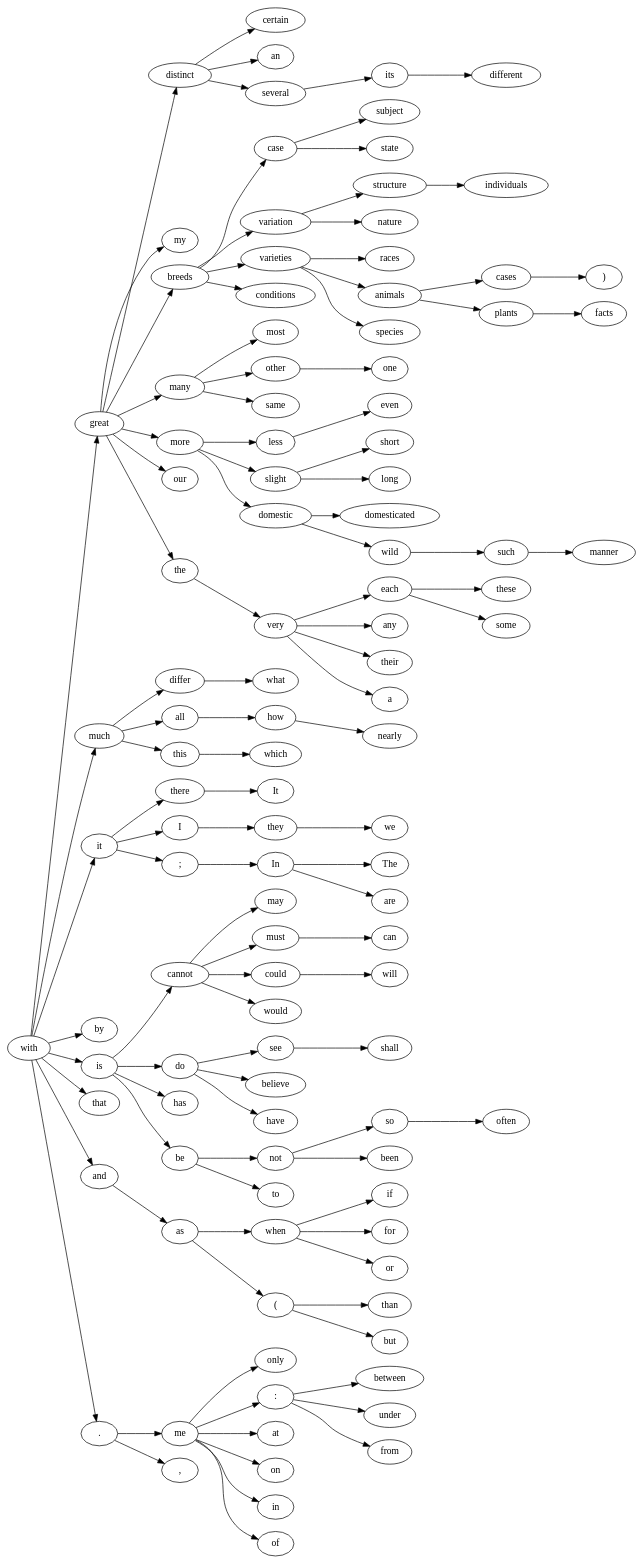
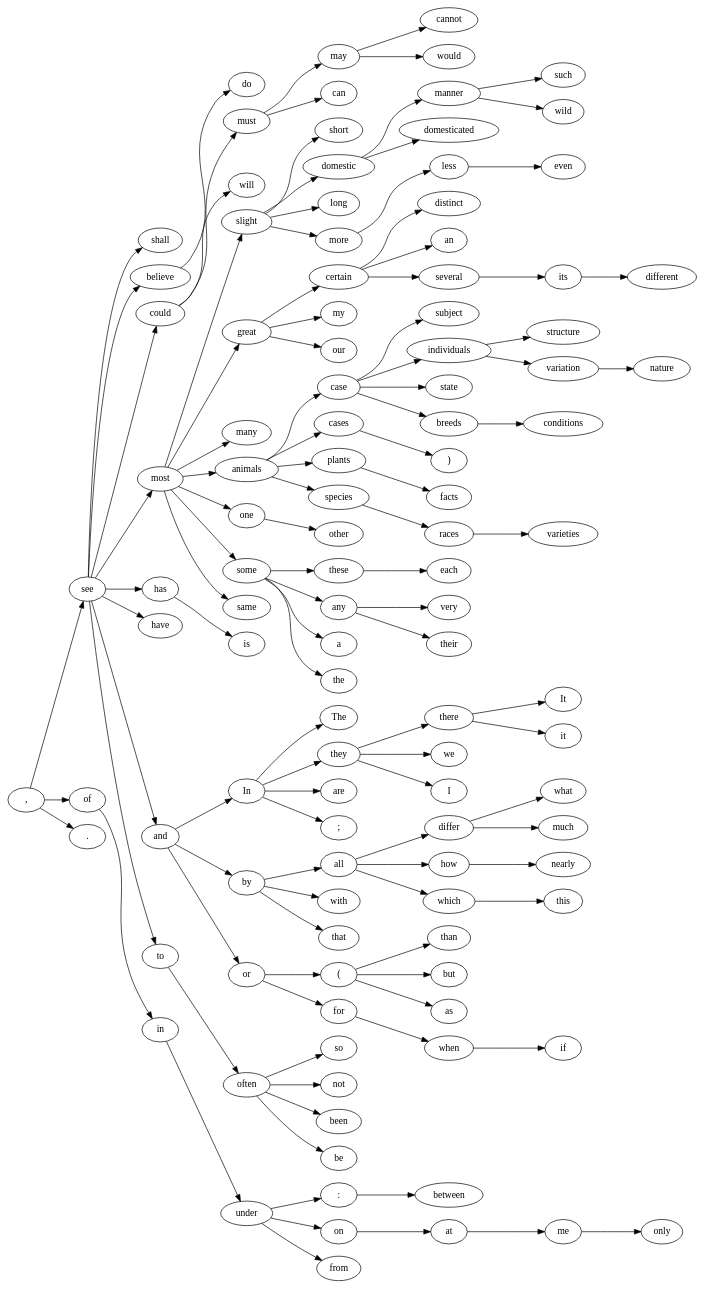
The diagram in merge_trees/English words.gv (kukas/Words-and-The-Company-They-Keep), drawn with Graphviz before and after one commit. The commit also changed 19 other files, not shown here.

```diff
--- a/merge_trees/English words.gv
+++ b/merge_trees/English words.gv
@@ -3,12 +3,12 @@
 	case [label=case]
 	subject [label=subject]
 	case -> subject
+	may [label=may]
 	cannot [label=cannot]
-	may [label=may]
-	cannot -> may
+	may -> cannot
+	individuals [label=individuals]
 	structure [label=structure]
-	individuals [label=individuals]
-	structure -> individuals
+	individuals -> structure
 	there [label=there]
 	It [label=It]
 	there -> It
@@ -24,12 +24,12 @@
 	slight [label=slight]
 	short [label=short]
 	slight -> short
+	certain [label=certain]
 	distinct [label=distinct]
-	certain [label=certain]
-	distinct -> certain
+	certain -> distinct
+	manner [label=manner]
 	such [label=such]
-	manner [label=manner]
-	such -> manner
+	manner -> such
 	must [label=must]
 	can [label=can]
 	must -> can
@@ -51,27 +51,27 @@
 	domestic [label=domestic]
 	domesticated [label=domesticated]
 	domestic -> domesticated
+	races [label=races]
 	varieties [label=varieties]
-	races [label=races]
-	varieties -> races
+	races -> varieties
 	when [label=when]
 	if [label=if]
 	when -> if
 	"(" [label="("]
 	than [label=than]
 	"(" -> than
+	believe [label=believe]
 	do [label=do]
-	believe [label=believe]
-	do -> believe
+	believe -> do
 	great [label=great]
 	my [label=my]
 	great -> my
 	could [label=could]
 	will [label=will]
 	could -> will
+	individuals [label=individuals]
 	variation [label=variation]
-	structure [label=structure]
-	variation -> structure
+	individuals -> variation
 	plants [label=plants]
 	facts [label=facts]
 	plants -> facts
@@ -90,247 +90,247 @@
 	slight [label=slight]
 	long [label=long]
 	slight -> long
+	these [label=these]
 	each [label=each]
-	these [label=these]
-	each -> these
-	cannot [label=cannot]
+	these -> each
+	may [label=may]
 	would [label=would]
-	cannot -> would
+	may -> would
+	any [label=any]
 	very [label=very]
-	any [label=any]
-	very -> any
+	any -> very
+	most [label=most]
 	many [label=many]
-	most [label=most]
-	many -> most
+	most -> many
+	often [label=often]
 	so [label=so]
-	often [label=often]
-	so -> often
+	often -> so
 	they [label=they]
 	we [label=we]
 	they -> we
+	differ [label=differ]
 	much [label=much]
-	differ [label=differ]
-	much -> differ
-	do [label=do]
+	differ -> much
 	see [label=see]
-	do -> see
+	believe [label=believe]
+	see -> believe
 	more [label=more]
 	less [label=less]
 	more -> less
+	there [label=there]
 	it [label=it]
-	there [label=there]
-	it -> there
+	there -> it
 	animals [label=animals]
 	cases [label=cases]
 	animals -> cases
-	distinct [label=distinct]
+	certain [label=certain]
 	an [label=an]
-	distinct -> an
-	cannot [label=cannot]
+	certain -> an
 	must [label=must]
-	cannot -> must
+	may [label=may]
+	must -> may
+	manner [label=manner]
 	wild [label=wild]
-	such [label=such]
-	wild -> such
+	manner -> wild
 	all [label=all]
 	how [label=how]
 	all -> how
 	"(" [label="("]
 	but [label=but]
 	"(" -> but
+	case [label=case]
 	breeds [label=breeds]
-	case [label=case]
-	breeds -> case
+	case -> breeds
+	one [label=one]
 	other [label=other]
-	one [label=one]
-	other -> one
+	one -> other
 	great [label=great]
 	our [label=our]
 	great -> our
+	at [label=at]
 	me [label=me]
-	at [label=at]
-	me -> at
-	each [label=each]
+	at -> me
 	some [label=some]
-	each -> some
+	these [label=these]
+	some -> these
 	several [label=several]
 	its [label=its]
 	several -> its
-	varieties [label=varieties]
 	species [label=species]
-	varieties -> species
+	races [label=races]
+	species -> races
+	under [label=under]
 	<colon> [label=":"]
-	under [label=under]
-	<colon> -> under
+	under -> <colon>
+	for [label=for]
 	when [label=when]
-	for [label=for]
-	when -> for
-	very [label=very]
+	for -> when
+	any [label=any]
 	their [label=their]
-	very -> their
+	any -> their
 	animals [label=animals]
 	plants [label=plants]
 	animals -> plants
 	domestic [label=domestic]
-	wild [label=wild]
-	domestic -> wild
-	many [label=many]
+	manner [label=manner]
+	domestic -> manner
+	most [label=most]
 	same [label=same]
-	many -> same
-	cannot [label=cannot]
+	most -> same
 	could [label=could]
-	cannot -> could
+	must [label=must]
+	could -> must
+	by [label=by]
 	with [label=with]
-	by [label=by]
-	with -> by
+	by -> with
+	often [label=often]
 	not [label=not]
-	so [label=so]
-	not -> so
-	breeds [label=breeds]
-	variation [label=variation]
-	breeds -> variation
+	often -> not
+	case [label=case]
+	individuals [label=individuals]
+	case -> individuals
+	they [label=they]
 	I [label=I]
+	they -> I
+	slight [label=slight]
+	more [label=more]
+	slight -> more
+	all [label=all]
+	differ [label=differ]
+	all -> differ
+	certain [label=certain]
+	several [label=several]
+	certain -> several
+	has [label=has]
+	is [label=is]
+	has -> is
+	which [label=which]
+	this [label=this]
+	which -> this
+	"(" [label="("]
+	as [label=as]
+	"(" -> as
+	on [label=on]
+	at [label=at]
+	on -> at
+	animals [label=animals]
+	species [label=species]
+	animals -> species
+	see [label=see]
+	have [label=have]
+	see -> have
+	often [label=often]
+	been [label=been]
+	often -> been
+	some [label=some]
+	any [label=any]
+	some -> any
+	most [label=most]
+	one [label=one]
+	most -> one
+	under [label=under]
+	from [label=from]
+	under -> from
 	they [label=they]
-	I -> they
-	more [label=more]
-	slight [label=slight]
-	more -> slight
-	much [label=much]
-	all [label=all]
-	much -> all
-	distinct [label=distinct]
-	several [label=several]
-	distinct -> several
-	is [label=is]
-	has [label=has]
-	is -> has
-	this [label=this]
-	which [label=which]
-	this -> which
-	as [label=as]
-	"(" [label="("]
-	as -> "("
-	me [label=me]
-	on [label=on]
-	me -> on
-	varieties [label=varieties]
-	animals [label=animals]
-	varieties -> animals
-	do [label=do]
-	have [label=have]
-	do -> have
-	not [label=not]
-	been [label=been]
-	not -> been
-	very [label=very]
-	each [label=each]
-	very -> each
-	many [label=many]
-	other [label=other]
-	many -> other
-	<colon> [label=":"]
-	from [label=from]
-	<colon> -> from
-	it [label=it]
-	I [label=I]
-	it -> I
-	when [label=when]
+	there [label=there]
+	they -> there
 	or [label=or]
-	when -> or
+	for [label=for]
+	or -> for
 	great [label=great]
-	distinct [label=distinct]
-	great -> distinct
+	certain [label=certain]
+	great -> certain
 	In [label=In]
 	are [label=are]
 	In -> are
-	more [label=more]
+	slight [label=slight]
 	domestic [label=domestic]
-	more -> domestic
-	breeds [label=breeds]
-	varieties [label=varieties]
-	breeds -> varieties
-	is [label=is]
-	do [label=do]
-	is -> do
-	very [label=very]
+	slight -> domestic
+	animals [label=animals]
+	case [label=case]
+	animals -> case
+	see [label=see]
+	has [label=has]
+	see -> has
+	some [label=some]
 	a [label=a]
-	very -> a
-	as [label=as]
-	when [label=when]
-	as -> when
-	much [label=much]
-	this [label=this]
-	much -> this
-	with [label=with]
+	some -> a
+	or [label=or]
+	"(" [label="("]
+	or -> "("
+	all [label=all]
+	which [label=which]
+	all -> which
+	by [label=by]
 	that [label=that]
-	with -> that
+	by -> that
+	often [label=often]
 	be [label=be]
-	not [label=not]
-	be -> not
-	me [label=me]
-	<colon> [label=":"]
-	me -> <colon>
-	is [label=is]
-	cannot [label=cannot]
-	is -> cannot
+	often -> be
+	under [label=under]
+	on [label=on]
+	under -> on
+	see [label=see]
+	could [label=could]
+	see -> could
+	most [label=most]
 	great [label=great]
-	many [label=many]
-	great -> many
+	most -> great
+	In [label=In]
 	";" [label=";"]
+	In -> ";"
+	in [label=in]
+	under [label=under]
+	in -> under
+	by [label=by]
+	all [label=all]
+	by -> all
+	and [label=and]
+	or [label=or]
+	and -> or
+	most [label=most]
+	slight [label=slight]
+	most -> slight
+	to [label=to]
+	often [label=often]
+	to -> often
+	some [label=some]
+	the [label=the]
+	some -> the
 	In [label=In]
-	";" -> In
-	me [label=me]
+	they [label=they]
+	In -> they
+	of [label=of]
 	in [label=in]
-	me -> in
-	with [label=with]
-	much [label=much]
-	with -> much
+	of -> in
+	most [label=most]
+	animals [label=animals]
+	most -> animals
+	see [label=see]
+	to [label=to]
+	see -> to
 	and [label=and]
-	as [label=as]
-	and -> as
-	great [label=great]
-	more [label=more]
-	great -> more
-	be [label=be]
-	to [label=to]
-	be -> to
-	the [label=the]
-	very [label=very]
-	the -> very
-	it [label=it]
-	";" [label=";"]
-	it -> ";"
-	me [label=me]
+	by [label=by]
+	and -> by
+	"," [label=","]
+	"." [label="."]
+	"," -> "."
+	and [label=and]
+	In [label=In]
+	and -> In
+	most [label=most]
+	some [label=some]
+	most -> some
+	see [label=see]
+	and [label=and]
+	see -> and
+	"," [label=","]
 	of [label=of]
-	me -> of
-	great [label=great]
-	breeds [label=breeds]
-	great -> breeds
-	is [label=is]
-	be [label=be]
-	is -> be
-	with [label=with]
-	and [label=and]
-	with -> and
-	"." [label="."]
+	"," -> of
+	see [label=see]
+	most [label=most]
+	see -> most
 	"," [label=","]
-	"." -> ","
-	with [label=with]
-	it [label=it]
-	with -> it
-	great [label=great]
-	the [label=the]
-	great -> the
-	with [label=with]
-	is [label=is]
-	with -> is
-	"." [label="."]
-	me [label=me]
-	"." -> me
-	with [label=with]
-	great [label=great]
-	with -> great
-	with [label=with]
-	"." [label="."]
-	with -> "."
+	see [label=see]
+	"," -> see
 }
```
